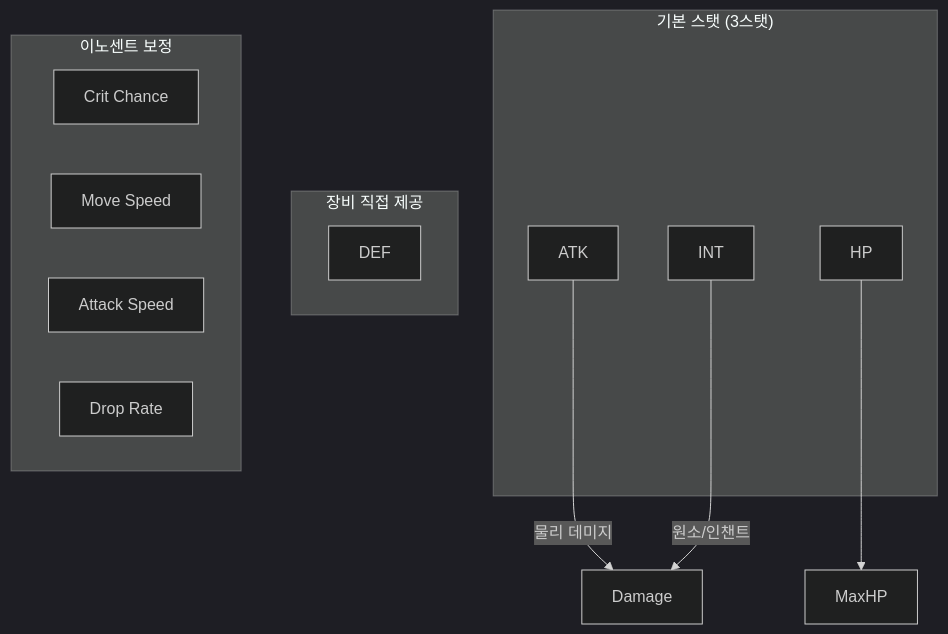
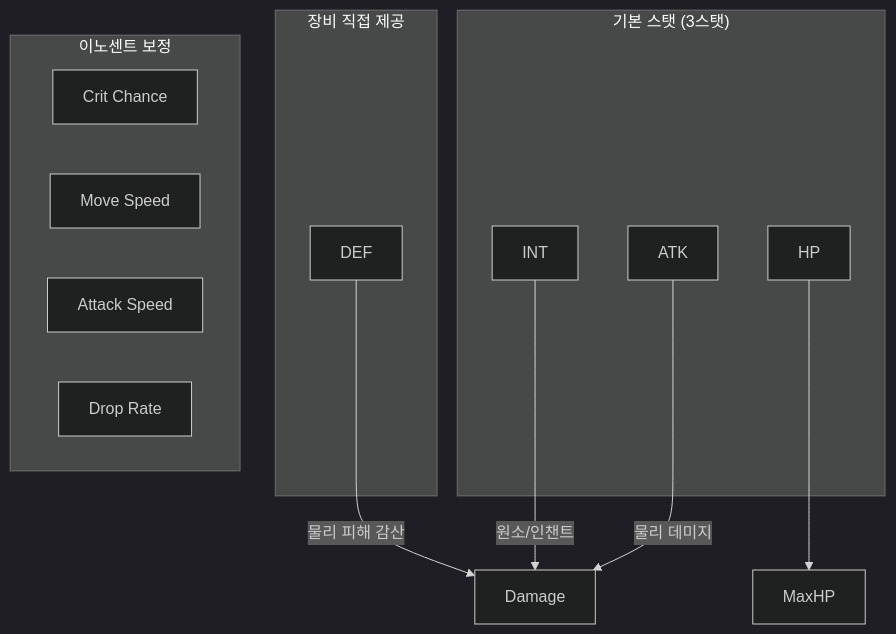
One commit to Biskraft/ProjectAbyss changed the diagram in Documents/System/System_Growth_Stats.md. Above: the diagram before and after it, drawn with Mermaid (dark theme). The commit also changed other lines of this file and 21 other files, not shown here.

````diff
--- a/Documents/System/System_Growth_Stats.md
+++ b/Documents/System/System_Growth_Stats.md
@@ -202,23 +188,24 @@
 ```mermaid
 graph TD
     subgraph "기본 스탯 (3스탯)"
         ATK_S[ATK]
         INT_S[INT]
         HP_S[HP]
     end
 
     subgraph "장비 직접 제공"
         DEF[DEF]
     end
 
     subgraph "이노센트 보정"
         CRIT[Crit Chance]
         MOVE[Move Speed]
         ASPD[Attack Speed]
         DROP[Drop Rate]
     end
 
     ATK_S --> |물리 데미지| DMG[Damage]
     INT_S --> |원소/인챈트| DMG
     HP_S --> MAXHP[MaxHP]
+    DEF --> |물리 피해 감산| DMG
 ```
````
